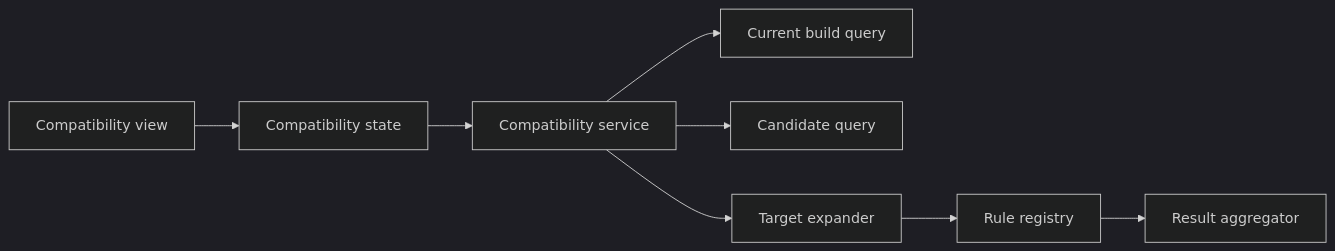
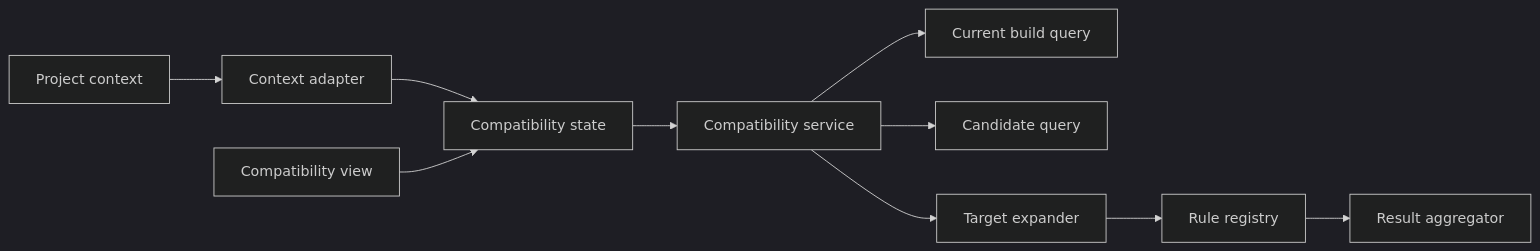
One commit to Huruikagi/pc-build-planner changed the first of 2 diagrams in .kiro/specs/compatibility-checking/design.md. Above: the diagram before and after it, drawn with Mermaid (dark theme). The commit also changed other lines of this file and 4 other files, not shown here.

````diff
--- a/.kiro/specs/compatibility-checking/design.md
+++ b/.kiro/specs/compatibility-checking/design.md
@@ -53,10 +65,12 @@
 ```mermaid
 graph LR
-    View[Compatibility view] --> State[Compatibility state]
+    Context[Project context] --> Adapter[Context adapter]
+    Adapter --> State[Compatibility state]
+    View[Compatibility view] --> State
     State --> Service[Compatibility service]
     Service --> Build[Current build query]
     Service --> Candidates[Candidate query]
     Service --> Expand[Target expander]
     Expand --> Rules[Rule registry]
     Rules --> Aggregate[Result aggregator]
 ```
````
